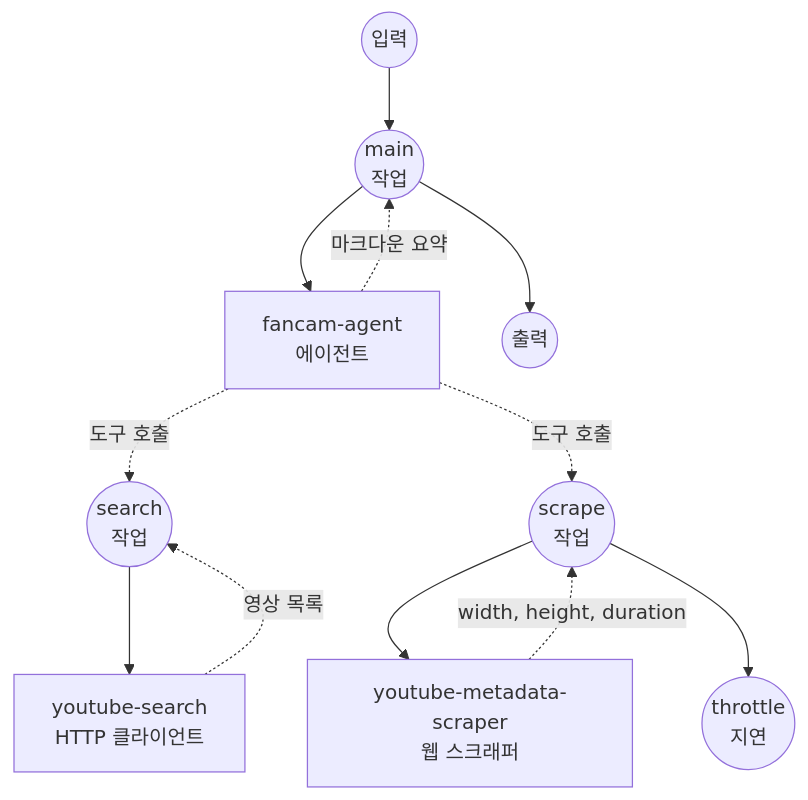
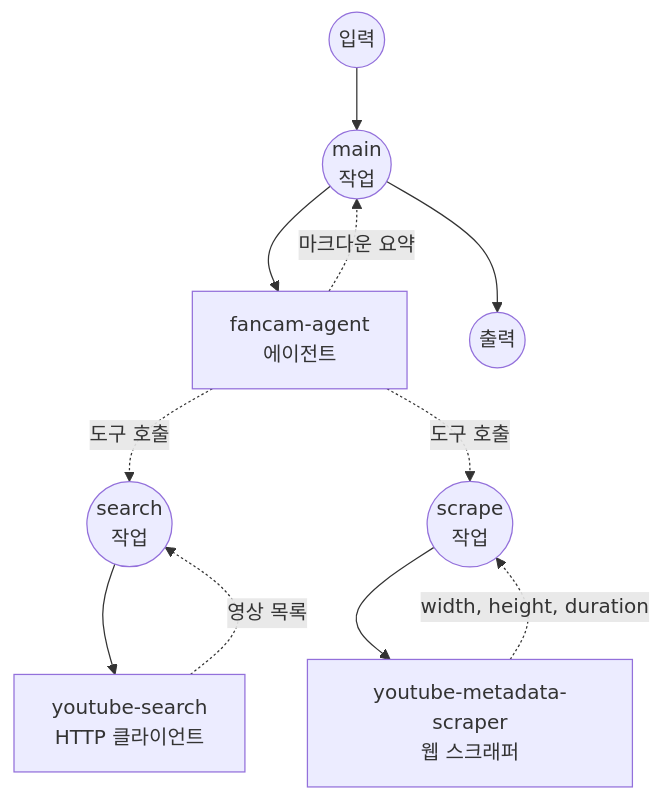
Before and after one commit to hanyeol/model-compose: the diagram in examples/agents/kpop-fancam-collector/README.ko.md, drawn with Mermaid. The commit also changed other lines of this file and 3 other files, not shown here.

````diff
--- a/examples/agents/kpop-fancam-collector/README.ko.md
+++ b/examples/agents/kpop-fancam-collector/README.ko.md
@@ -143,30 +143,28 @@
 ```mermaid
 graph TD
     %% Jobs (circles)
     JM((main<br/>작업))
     JS((search<br/>작업))
     JD((scrape<br/>작업))
-    JT((throttle<br/>지연))
 
     %% Components (rectangles)
     CA[fancam-agent<br/>에이전트]
     CS[youtube-search<br/>HTTP 클라이언트]
     CD[youtube-metadata-scraper<br/>웹 스크래퍼]
 
     %% main workflow
     Input((입력)) --> JM
     JM --> CA
     CA -.-> |마크다운 요약| JM
     JM --> Output((출력))
 
     %% search-fancams (에이전트 도구)
     CA -.-> |도구 호출| JS
     JS --> CS
     CS -.-> |영상 목록| JS
 
     %% get-video-metadata (에이전트 도구)
     CA -.-> |도구 호출| JD
     JD --> CD
     CD -.-> |width, height, duration| JD
-    JD --> JT
 ```
````
